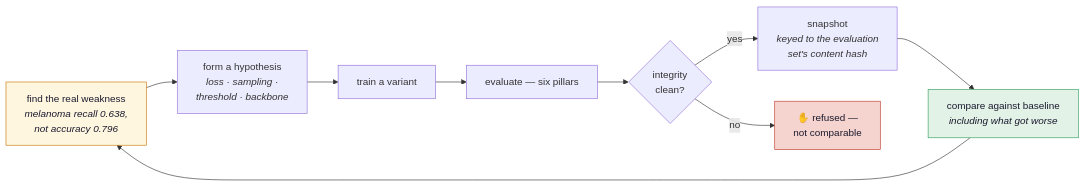
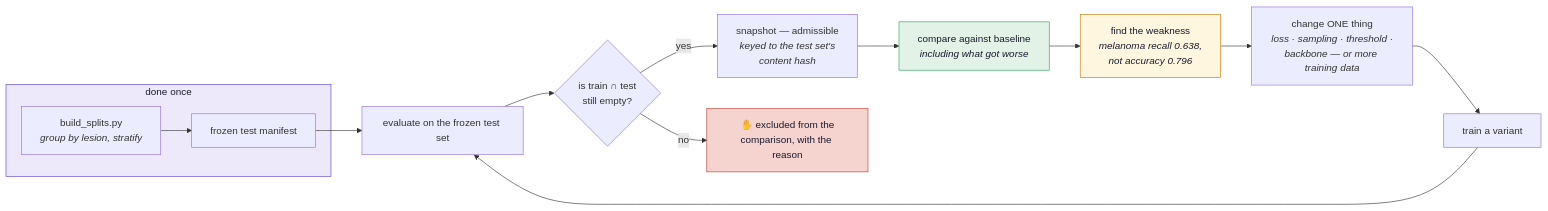
One commit to sabrinahartung/verifai-showcase changed the second of 2 diagrams in docs/index.md. Above: the diagram before and after it, drawn with Mermaid. The commit also changed other lines of this file, not shown here.

First paragraph of the commit message:
Fix the loop diagram: integrity gates admissibility, not each training step
The previous diagram put the integrity check as a decision diamond in the main
flow, which implied every iteration might fail it — reading as instability that
should not exist once the split is frozen. Sabrina caught this.

````diff
--- a/docs/index.md
+++ b/docs/index.md
@@ -45,19 +45,25 @@
 ```mermaid
 flowchart LR
-    W["find the real weakness<br/><i>melanoma recall 0.638,<br/>not accuracy 0.796</i>"]
-    H["form a hypothesis<br/><i>loss · sampling ·<br/>threshold · backbone</i>"]
+    subgraph once["done once"]
+        BS["build_splits.py<br/><i>group by lesion, stratify</i>"] --> F["frozen test manifest"]
+    end
+
+    W["find the weakness<br/><i>melanoma recall 0.638,<br/>not accuracy 0.796</i>"]
+    H["change ONE thing<br/><i>loss · sampling · threshold ·<br/>backbone — or more training data</i>"]
     T["train a variant"]
-    E["evaluate — six pillars"]
-    I{"integrity<br/>clean?"}
-    S["snapshot<br/><i>keyed to the evaluation<br/>set's content hash</i>"]
+    E["evaluate on the frozen test set"]
+    G{"is train ∩ test<br/>still empty?"}
+    S["snapshot — admissible<br/><i>keyed to the test set's<br/>content hash</i>"]
     C["compare against baseline<br/><i>including what got worse</i>"]
-    X["✋ refused —<br/>not comparable"]
+    X["✋ excluded from the<br/>comparison, with the reason"]
 
-    W --> H --> T --> E --> I
-    I -->|no| X
-    I -->|yes| S --> C --> W
+    W --> H --> T --> E --> G
+    G -->|yes| S --> C --> W
+    G -->|no| X
+    F --> E
 
     style W fill:#FFF6E0,stroke:#C77700,color:#1a1a2e
     style C fill:#E3F2E7,stroke:#2E9E5B,color:#1a1a2e
     style X fill:#F5D3CE,stroke:#C0392B,color:#1a1a2e
+    style once fill:#EDE9FB,stroke:#5B3FD6,color:#1a1a2e
 ```
````
